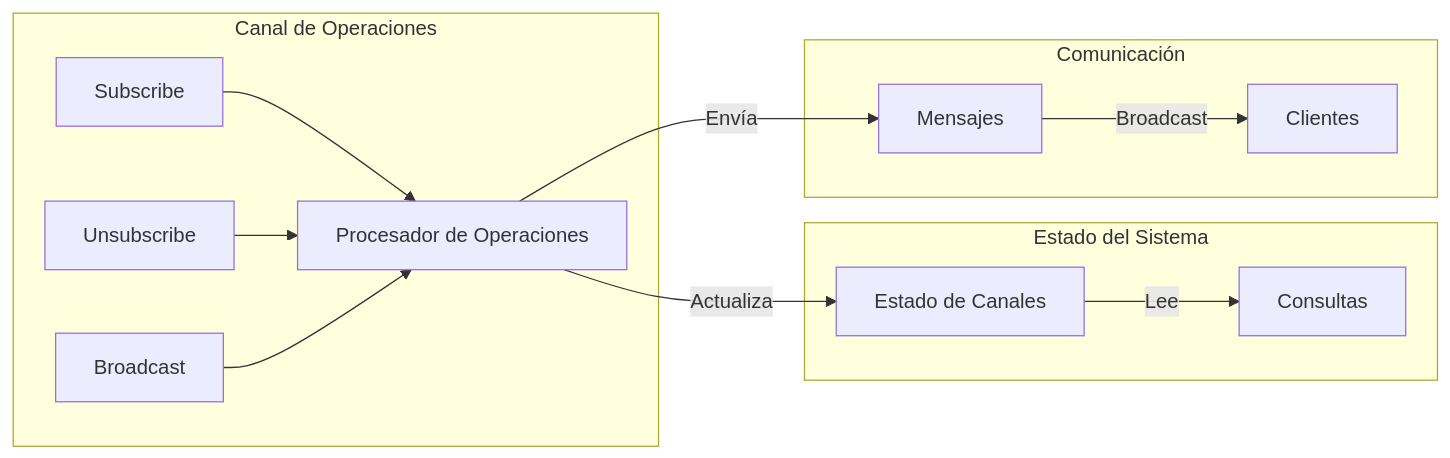
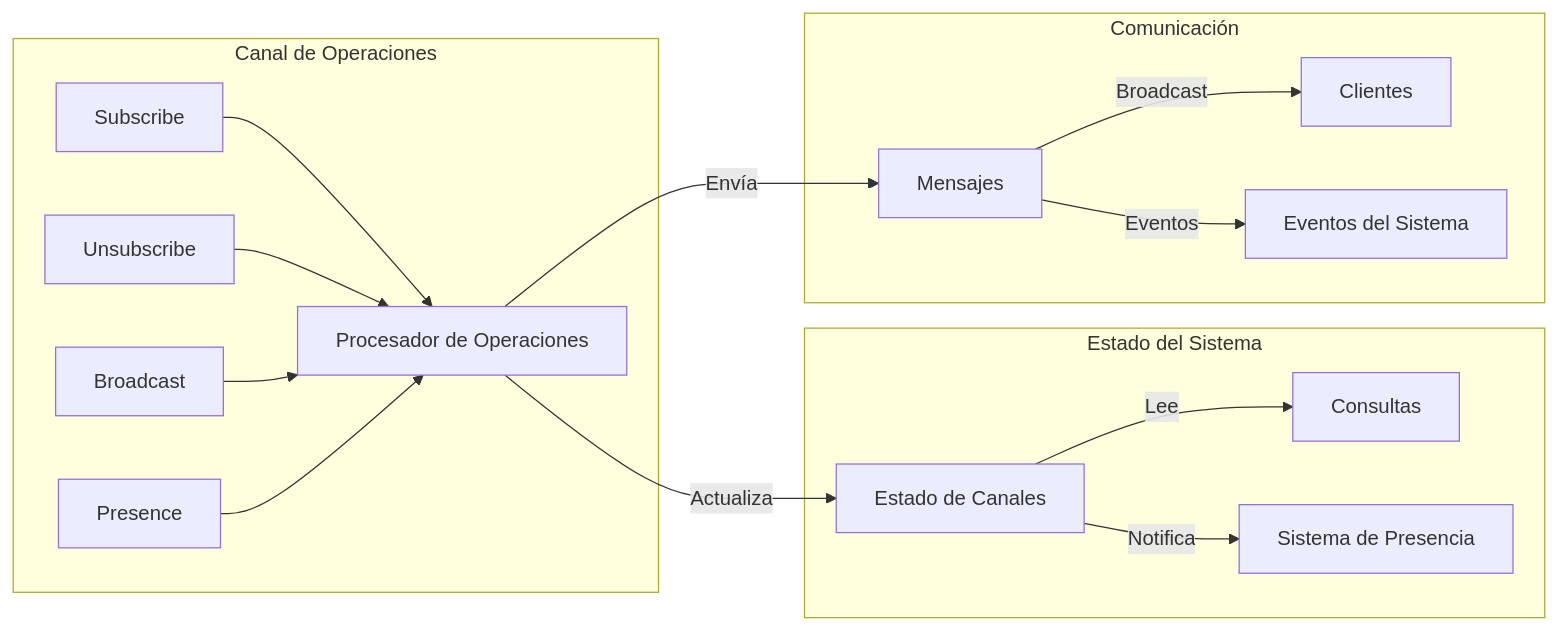
One commit to Hauyna/hauyna-web-socket changed the third of 7 diagrams in README.md. Above: the diagram before and after it, drawn with Mermaid. The commit also changed other lines of this file and 1 other file, not shown here.

````diff
--- a/README.md
+++ b/README.md
@@ -110,19 +107,22 @@
 ```mermaid
 graph LR
     subgraph "Canal de Operaciones"
         Op1[Subscribe] --> Processor
         Op2[Unsubscribe] --> Processor
         Op3[Broadcast] --> Processor
+        Op4[Presence] --> Processor
         Processor[Procesador de Operaciones]
     end
     
     subgraph "Estado del Sistema"
         Processor -->|Actualiza| State[Estado de Canales]
         State -->|Lee| Queries[Consultas]
+        State -->|Notifica| Presence[Sistema de Presencia]
     end
     
     subgraph "Comunicación"
         Processor -->|Envía| Messages[Mensajes]
         Messages -->|Broadcast| Clients[Clientes]
+        Messages -->|Eventos| Events[Eventos del Sistema]
     end
 ```
````
